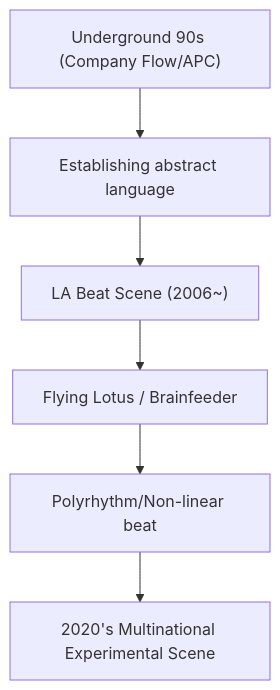
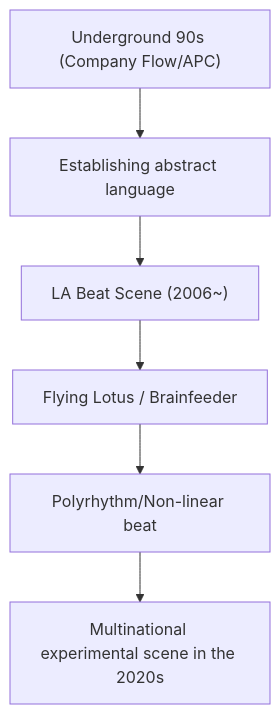
One commit to monumental-movement/monumental-movement.github.io changed the second of 2 diagrams in en/_posts/2025-12-07-column-experimental-hiphop.md. Above: the diagram before and after it, drawn with Mermaid. The commit also changed other lines of this file and 371 other files, not shown here.

```diff
--- a/en/_posts/2025-12-07-column-experimental-hiphop.md
+++ b/en/_posts/2025-12-07-column-experimental-hiphop.md
@@ -244,8 +244,8 @@
 <div class="mermaid">
 flowchart TD
     A["Underground 90s (Company Flow/APC)"] --> B["Establishing abstract language"]
     B --> C["LA Beat Scene (2006~)"]
     C --> D["Flying Lotus / Brainfeeder"]
     D --> E["Polyrhythm/Non-linear beat"]
-    E --> F["2020's Multinational Experimental Scene"]
+    E --> F["Multinational experimental scene in the 2020s"]
 </div>
```
